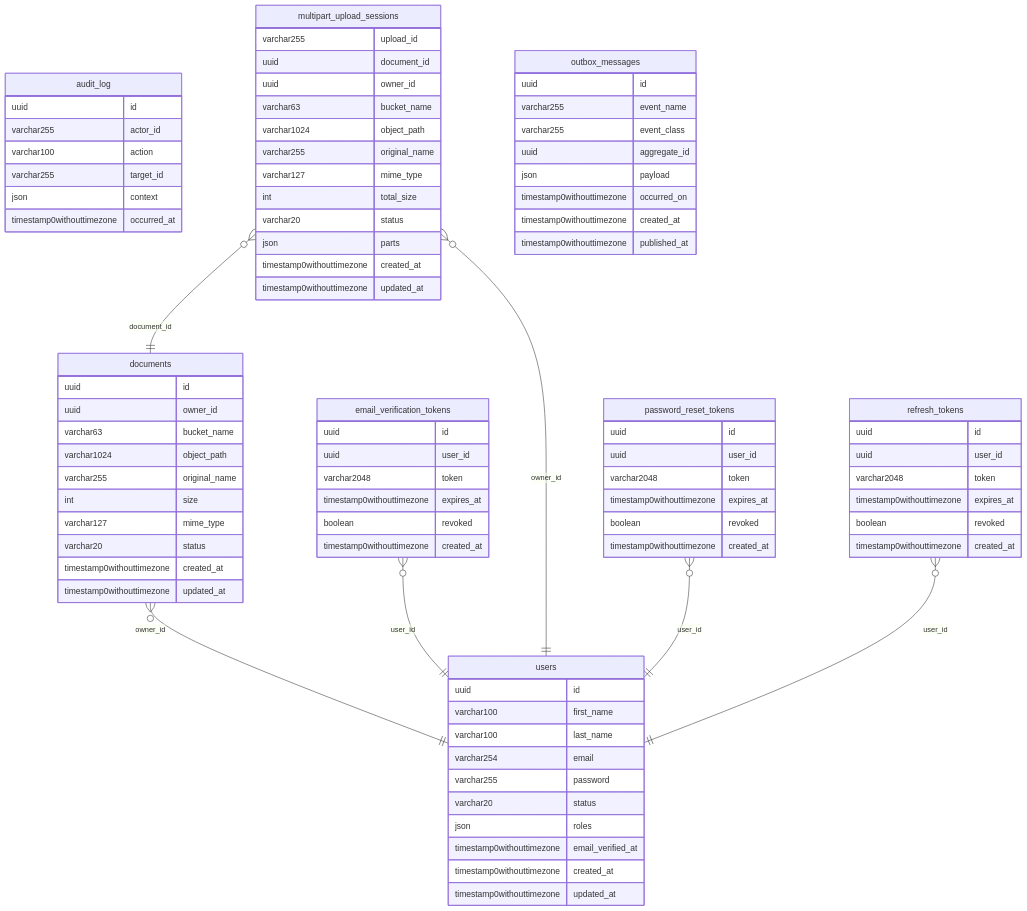
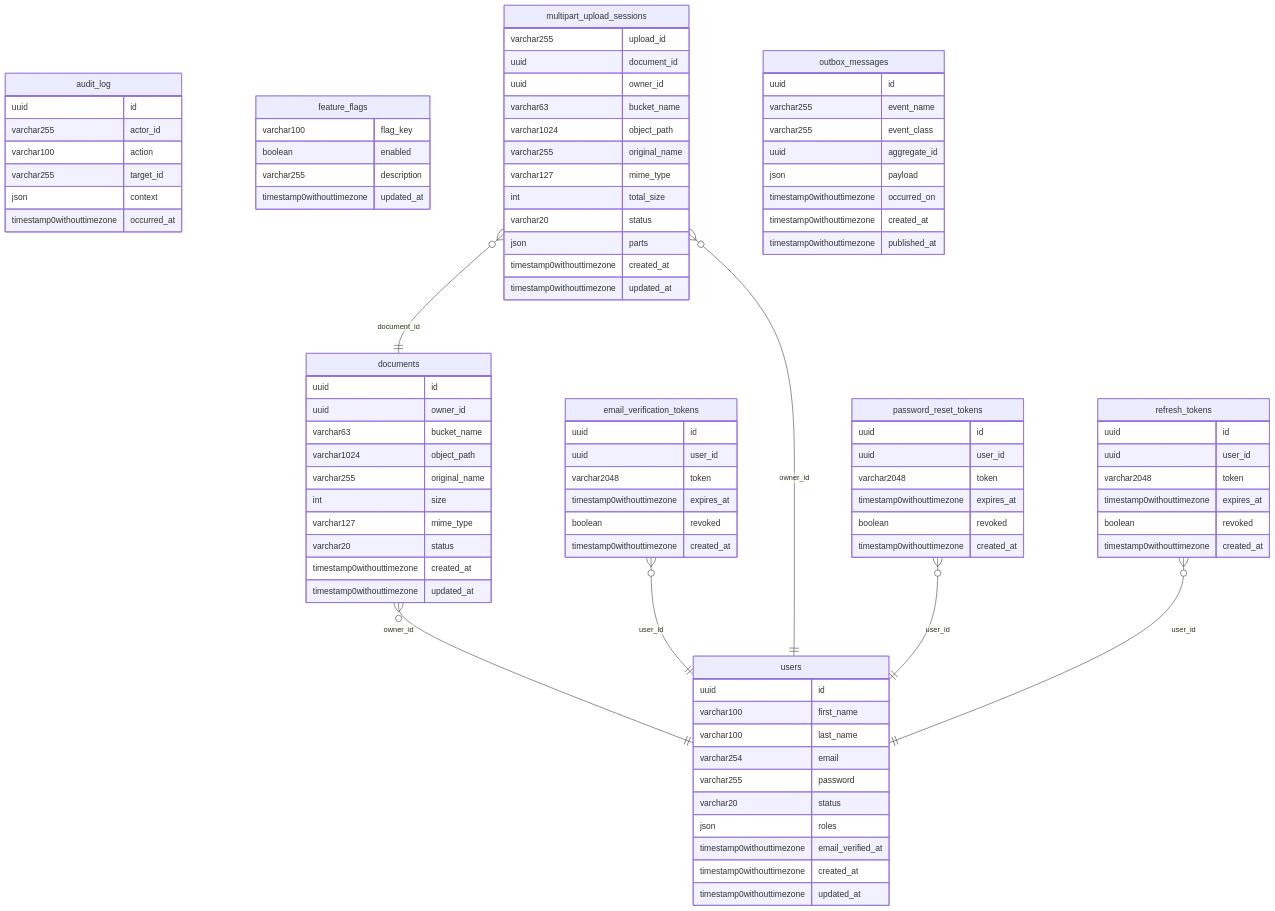
One commit to SorenMesselier-Sentis/template-ddd-symfony-api changed the diagram in docs/er-diagram.md. Above: the diagram before and after it, drawn with Mermaid.

Commit message:
chore: regenerate ER diagram

```diff
--- a/docs/er-diagram.md
+++ b/docs/er-diagram.md
@@ -29,6 +29,12 @@
         timestamp0withouttimezone expires_at
         boolean revoked
         timestamp0withouttimezone created_at
+    }
+    feature_flags {
+        varchar100 flag_key
+        boolean enabled
+        varchar255 description
+        timestamp0withouttimezone updated_at
     }
     multipart_upload_sessions {
         varchar255 upload_id
```
